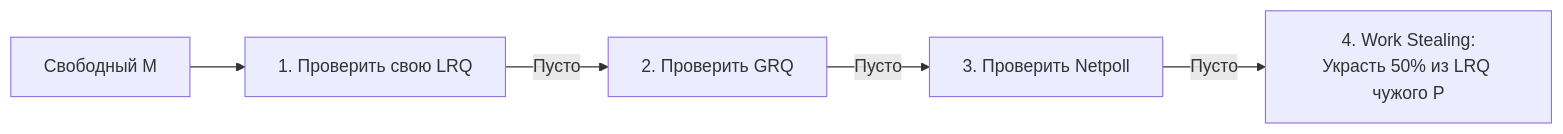
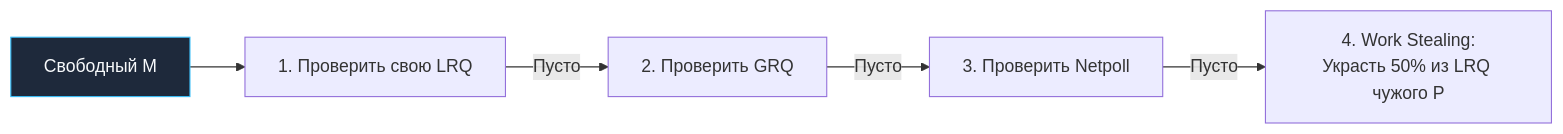
One commit to UnrealTemplier/go-textbook changed the third of 4 diagrams in sources/5. Учебник по Go (Основы и синтаксис)/35. Scheduler Go. G, M, P и work stealing.md. Above: the diagram before and after it, drawn with Mermaid. The commit also changed other lines of this file and 1666 other files, not shown here.

First line of the commit message:
feat(mermaid): add semantic color classDef to 1369 colorless flowchart/graph diagrams

````diff
--- a/sources/5. Учебник по Go (Основы и синтаксис)/35. Scheduler Go. G, M, P и work stealing.md
+++ b/sources/5. Учебник по Go (Основы и синтаксис)/35. Scheduler Go. G, M, P и work stealing.md
@@ -91,7 +111,17 @@
 ```mermaid
 flowchart LR
-    M["Свободный M"] --> S1["1. Проверить свою LRQ"]
+    classDef process  fill:#1e293b,stroke:#38bdf8,stroke-width:1px,color:#f8fafc
+    classDef success  fill:#064e3b,stroke:#34d399,stroke-width:1px,color:#f8fafc
+    classDef error    fill:#7f1d1d,stroke:#f87171,stroke-width:1px,color:#f8fafc
+    classDef warning  fill:#78350f,stroke:#fbbf24,stroke-width:1px,color:#f8fafc
+    classDef entry    fill:#1e3a5f,stroke:#38bdf8,stroke-width:2px,color:#f8fafc
+    classDef aux      fill:#334155,stroke:#64748b,stroke-width:1px,color:#f8fafc
+    classDef system   fill:#312e81,stroke:#a78bfa,stroke-width:1px,color:#f8fafc
+    classDef data     fill:#132d29,stroke:#2dd4bf,stroke-width:1px,color:#f8fafc
+    classDef network  fill:#881337,stroke:#fb7185,stroke-width:1px,color:#f8fafc
+    classDef accent   fill:#1e1b4b,stroke:#818cf8,stroke-width:1px,color:#f8fafc
+    M["Свободный M"]:::process --> S1["1. Проверить свою LRQ"]
     S1 -->|"Пусто"| S2["2. Проверить GRQ"]
     S2 -->|"Пусто"| S3["3. Проверить Netpoll"]
     S3 -->|"Пусто"| S4["4. Work Stealing:<br>Украсть 50% из LRQ чужого P"]
 ```
````
